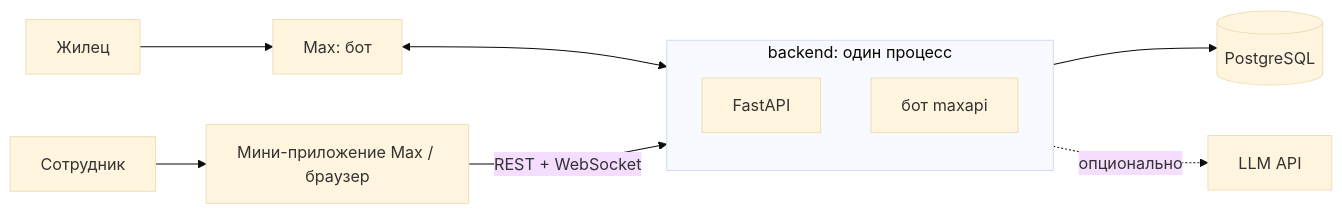
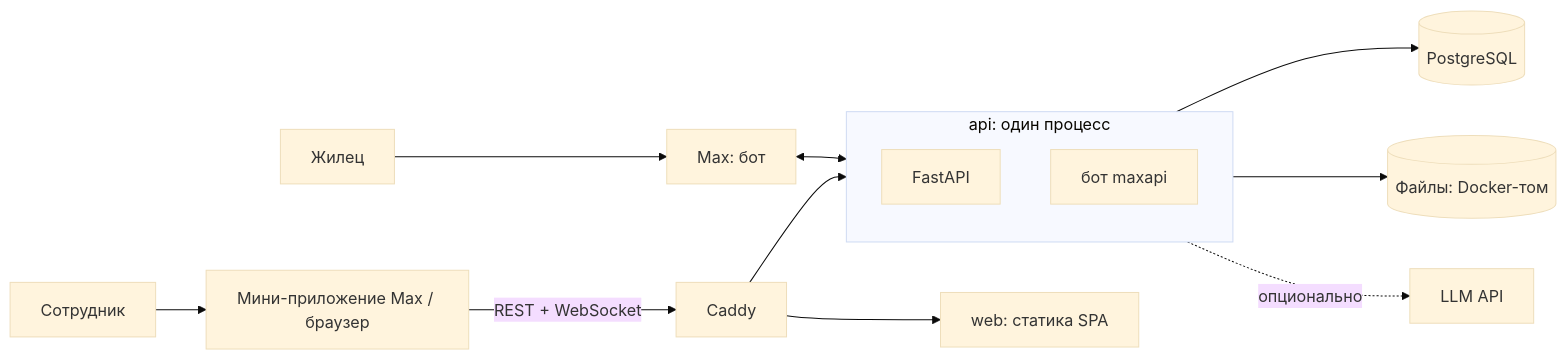
The diagram in README.md (ramismaris/uk-support-service), drawn with Mermaid (base theme) before and after one commit. The commit also changed other lines of this file and 3 other files, not shown here.

````diff
--- a/README.md
+++ b/README.md
@@ -34,13 +45,16 @@
 ```mermaid
 flowchart LR
     R[Жилец] --> MAX[Max: бот]
     S[Сотрудник] --> APP[Мини-приложение Max / браузер]
     MAX <--> BE
-    APP -- REST + WebSocket --> BE
-    subgraph BE[backend: один процесс]
+    APP -- REST + WebSocket --> CADDY[Caddy]
+    CADDY --> WEB[web: статика SPA]
+    CADDY --> BE
+    subgraph BE[api: один процесс]
         API[FastAPI]
         BOT[бот maxapi]
     end
     BE --> PG[(PostgreSQL)]
+    BE --> FS[(Файлы: Docker-том)]
     BE -. опционально .-> LLM[LLM API]
 ```
````
